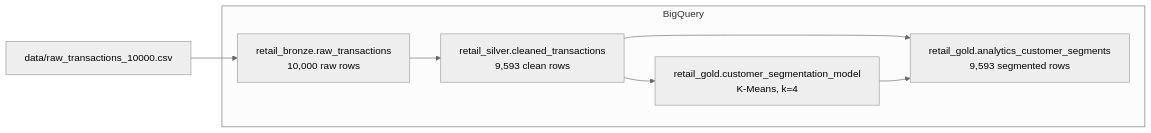
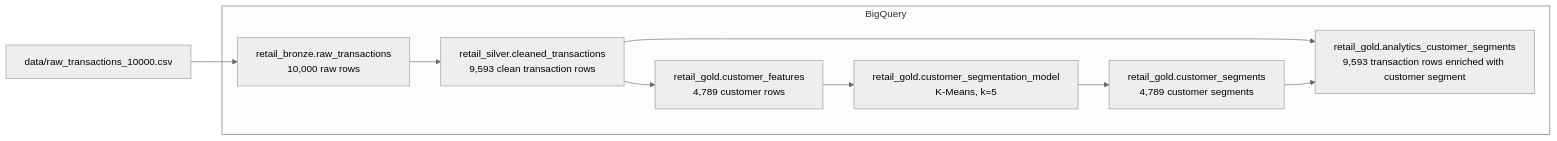
One commit to godfreylehokoG/incubeta-de-screening changed the diagram in README.md. Above: the diagram before and after it, drawn with Mermaid (neutral theme). The commit also changed other lines of this file and 6 other files, not shown here.

````diff
--- a/README.md
+++ b/README.md
@@ -9,16 +9,20 @@
 ```mermaid
 graph LR
     CSV["data/raw_transactions_10000.csv"] --> Bronze
 
     subgraph BigQuery
         Bronze["retail_bronze.raw_transactions<br/>10,000 raw rows"]
-        Silver["retail_silver.cleaned_transactions<br/>9,593 clean rows"]
-        Model["retail_gold.customer_segmentation_model<br/>K-Means, k=4"]
-        Gold["retail_gold.analytics_customer_segments<br/>9,593 segmented rows"]
+        Silver["retail_silver.cleaned_transactions<br/>9,593 clean transaction rows"]
+        Features["retail_gold.customer_features<br/>4,789 customer rows"]
+        Model["retail_gold.customer_segmentation_model<br/>K-Means, k=5"]
+        Segments["retail_gold.customer_segments<br/>4,789 customer segments"]
+        Gold["retail_gold.analytics_customer_segments<br/>9,593 transaction rows enriched with customer segment"]
 
         Bronze --> Silver
-        Silver --> Model
+        Silver --> Features
+        Features --> Model
+        Model --> Segments
         Silver --> Gold
-        Model --> Gold
+        Segments --> Gold
     end
 ```
````
